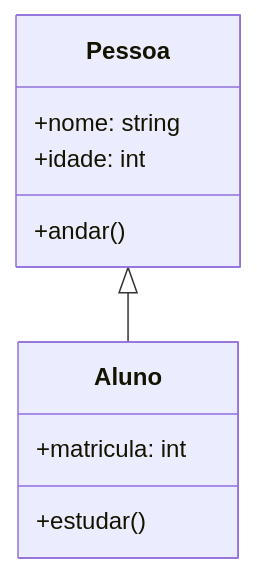
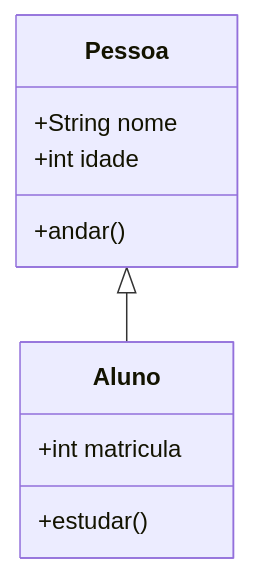
One commit to ricardotecpro/ads_engenharia_de_software changed the diagram in docs/aulas/aula-05.md. Above: the diagram before and after it, drawn with Mermaid. The commit also changed 44 other files, not shown here.

````diff
--- a/docs/aulas/aula-05.md
+++ b/docs/aulas/aula-05.md
@@ -37,13 +37,13 @@
 ```mermaid
 classDiagram
-    Pessoa <|-- Aluno
     class Pessoa {
-        +nome: string
-        +idade: int
+        +String nome
+        +int idade
         +andar()
     }
     class Aluno {
-        +matricula: int
+        +int matricula
         +estudar()
     }
+    Pessoa <|-- Aluno
 ```
````
